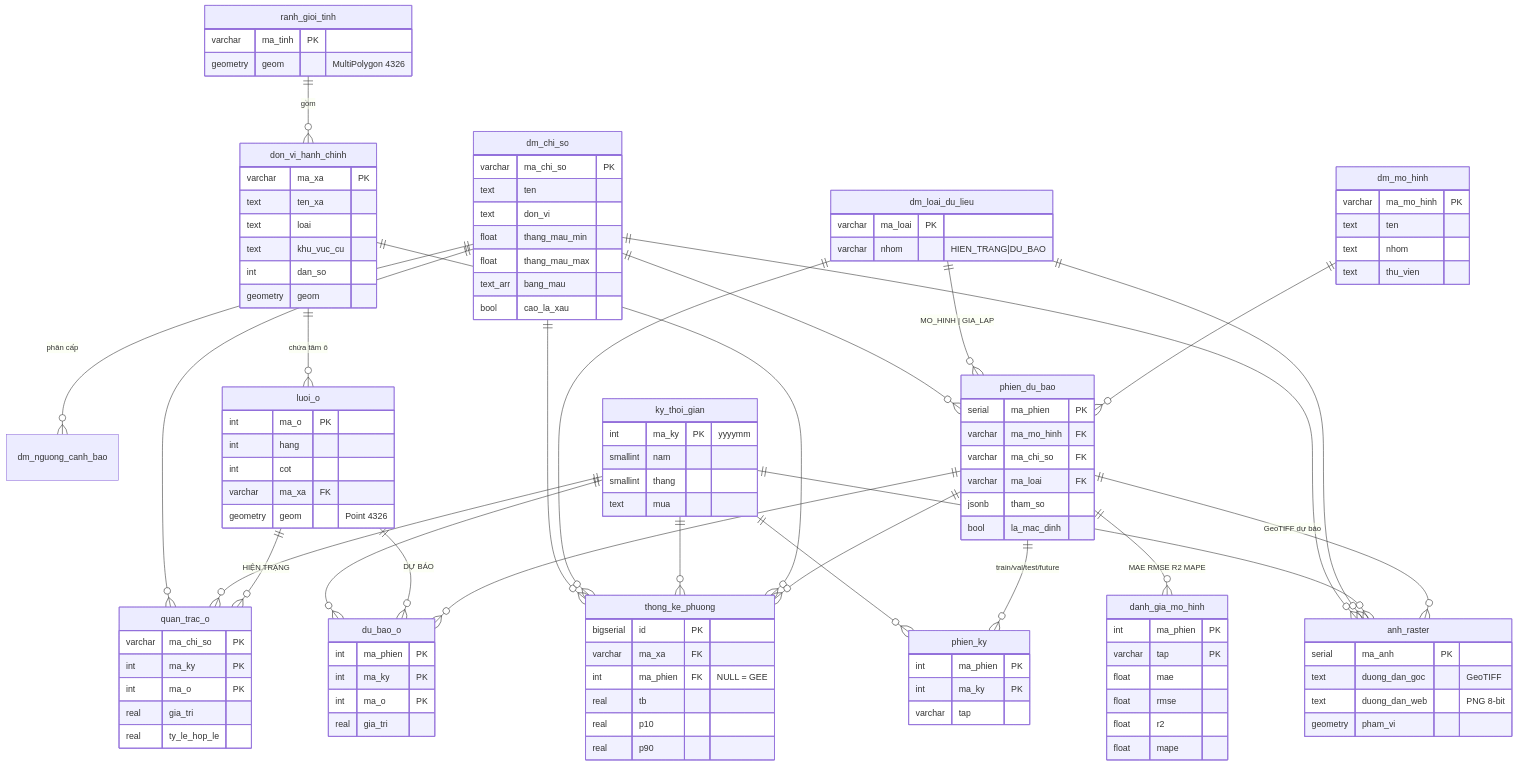
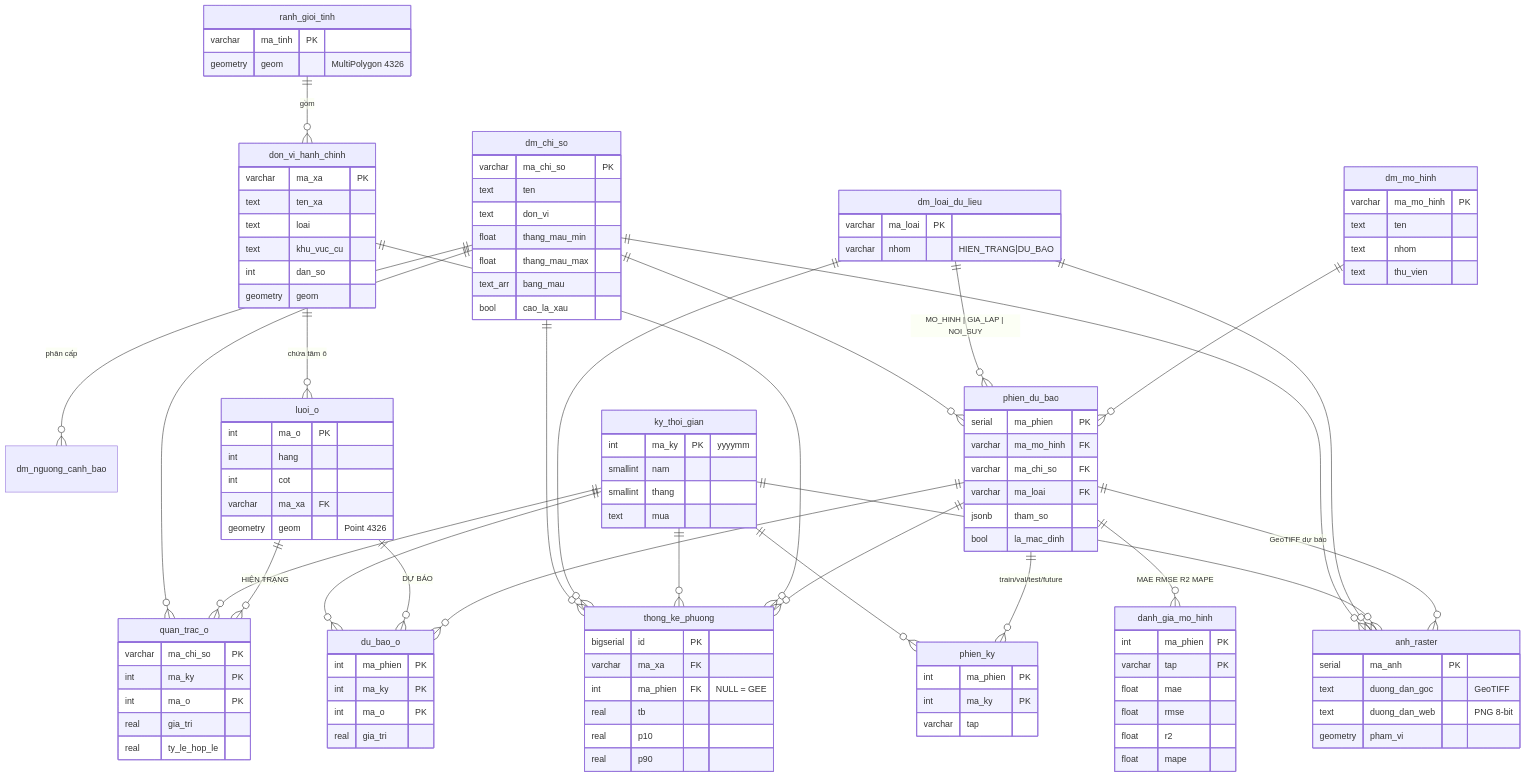
Before and after one commit to Sweet2k6/Support: the diagram in database/THIET_KE_CSDL.md, drawn with Mermaid. The commit also changed other lines of this file and 1762 other files, not shown here.

```diff
--- a/database/THIET_KE_CSDL.md
+++ b/database/THIET_KE_CSDL.md
@@ -19,7 +19,7 @@
     dm_chi_so ||--o{ phien_du_bao : ""
     dm_chi_so ||--o{ anh_raster : ""
     dm_chi_so ||--o{ thong_ke_phuong : ""
-    dm_loai_du_lieu ||--o{ phien_du_bao : "MO_HINH | GIA_LAP"
+    dm_loai_du_lieu ||--o{ phien_du_bao : "MO_HINH | GIA_LAP | NOI_SUY"
     dm_loai_du_lieu ||--o{ anh_raster : ""
     dm_loai_du_lieu ||--o{ thong_ke_phuong : ""
     dm_mo_hinh ||--o{ phien_du_bao : ""
```
